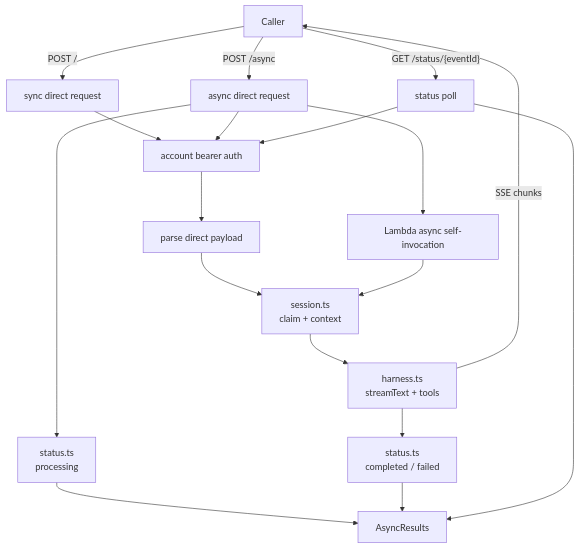
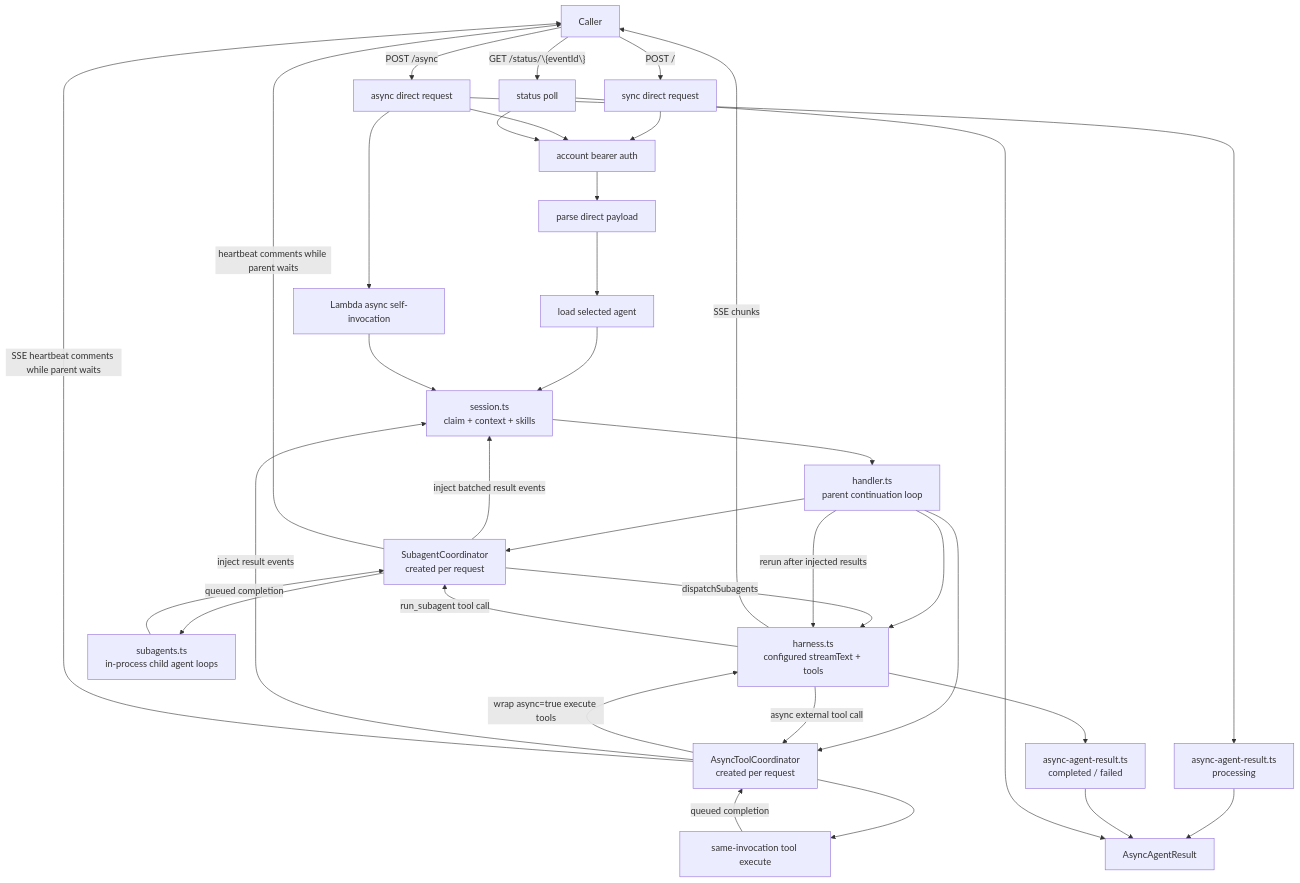
One commit to beeblastco/filthy-panty changed the fifth of 10 diagrams in docs/architecture.md. Above: the diagram before and after it, drawn with Mermaid. The commit also changed other lines of this file and 187 other files, not shown here.

````diff
--- a/docs/architecture.md
+++ b/docs/architecture.md
@@ -101,23 +132,40 @@
 ```mermaid
 flowchart TD
   Caller["Caller"] -->|"POST /"| Sync["sync direct request"]
   Caller -->|"POST /async"| Async["async direct request"]
 
   Sync --> Auth["account bearer auth"]
   Async --> Auth
   Auth --> Parse["parse direct payload"]
-  Parse --> Session["session.ts<br/>claim + context"]
-  Session --> Agent["harness.ts<br/>streamText + tools"]
+  Parse --> AgentLookup["load selected agent"]
+  AgentLookup --> Session["session.ts<br/>claim + context + skills"]
+  Session --> HandlerLoop["handler.ts<br/>parent continuation loop"]
+  HandlerLoop --> Coordinator["SubagentCoordinator<br/>created per request"]
+  HandlerLoop --> ToolCoordinator["AsyncToolCoordinator<br/>created per request"]
+  HandlerLoop --> Agent["harness.ts<br/>configured streamText + tools"]
+  Coordinator -->|"dispatchSubagents"| Agent
+  ToolCoordinator -->|"wrap async=true execute tools"| Agent
   Agent -->|"SSE chunks"| Caller
+  Agent -->|"run_subagent tool call"| Coordinator
+  Agent -->|"async external tool call"| ToolCoordinator
+  Coordinator --> ChildRuns["subagents.ts<br/>in-process child agent loops"]
+  ToolCoordinator --> ToolRuns["same-invocation tool execute"]
+  ChildRuns -->|"queued completion"| Coordinator
+  ToolRuns -->|"queued completion"| ToolCoordinator
+  Coordinator -->|"inject batched result events"| Session
+  ToolCoordinator -->|"inject result events"| Session
+  Coordinator -->|"heartbeat comments while parent waits"| Caller
+  ToolCoordinator -->|"SSE heartbeat comments while parent waits"| Caller
+  HandlerLoop -->|"rerun after injected results"| Agent
 
-  Async --> Pending["status.ts<br/>processing"]
-  Pending --> AsyncTable["AsyncResults"]
+  Async --> Pending["async-agent-result.ts<br/>processing"]
+  Pending --> AsyncTable["AsyncAgentResult"]
   Async --> SelfInvoke["Lambda async self-invocation"]
   SelfInvoke --> Session
-  Agent --> Complete["status.ts<br/>completed / failed"]
+  Agent --> Complete["async-agent-result.ts<br/>completed / failed"]
   Complete --> AsyncTable
 
-  Caller -->|"GET /status/{eventId}"| Status["status poll"]
+  Caller -->|"GET /status/\{eventId\}"| Status["status poll"]
   Status --> Auth
   Status --> AsyncTable
 ```
````
